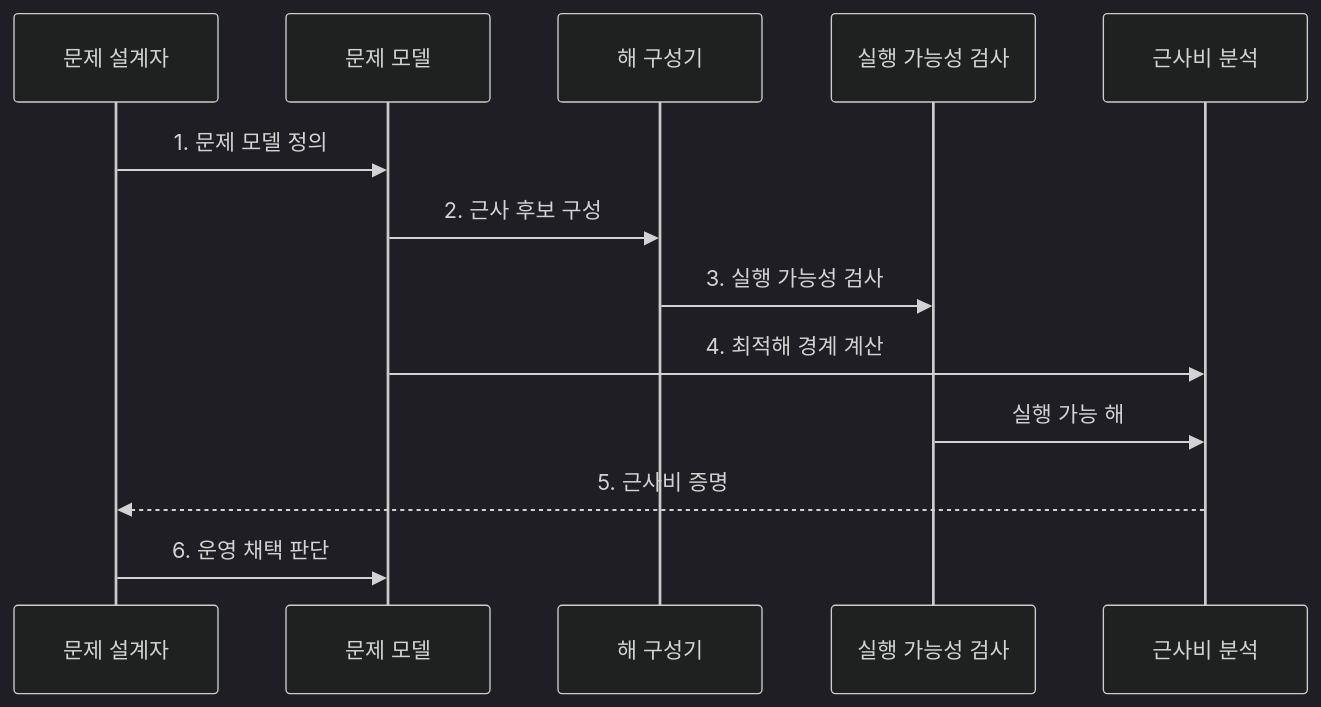
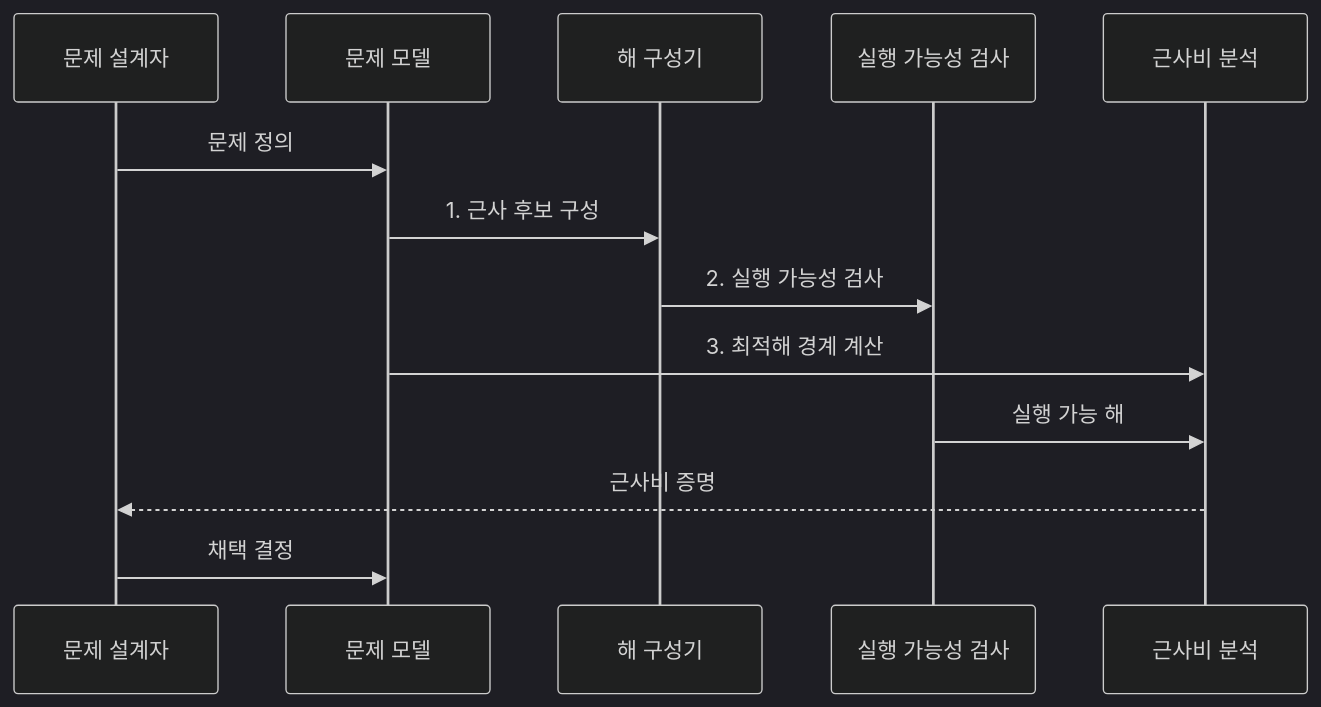
The second of 2 diagrams in src/content/docs/notes/01-basic-theory/060_approximation_algo.md (agnusdei1207/knowledge-base), drawn with Mermaid (dark theme) before and after one commit. The commit also changed other lines of this file and 20 other files, not shown here.

````diff
--- a/src/content/docs/notes/01-basic-theory/060_approximation_algo.md
+++ b/src/content/docs/notes/01-basic-theory/060_approximation_algo.md
@@ -82,15 +83,15 @@
 ```mermaid
 sequenceDiagram
     participant D as 문제 설계자
     participant M as 문제 모델
     participant C as 해 구성기
     participant V as 실행 가능성 검사
     participant B as 근사비 분석
-    D->>M: 1. 문제 모델 정의
-    M->>C: 2. 근사 후보 구성
-    C->>V: 3. 실행 가능성 검사
-    M->>B: 4. 최적해 경계 계산
+    D->>M: 문제 정의
+    M->>C: 1. 근사 후보 구성
+    C->>V: 2. 실행 가능성 검사
+    M->>B: 3. 최적해 경계 계산
     V->>B: 실행 가능 해
-    B-->>D: 5. 근사비 증명
-    D->>M: 6. 운영 채택 판단
+    B-->>D: 근사비 증명
+    D->>M: 채택 결정
 ```
````
